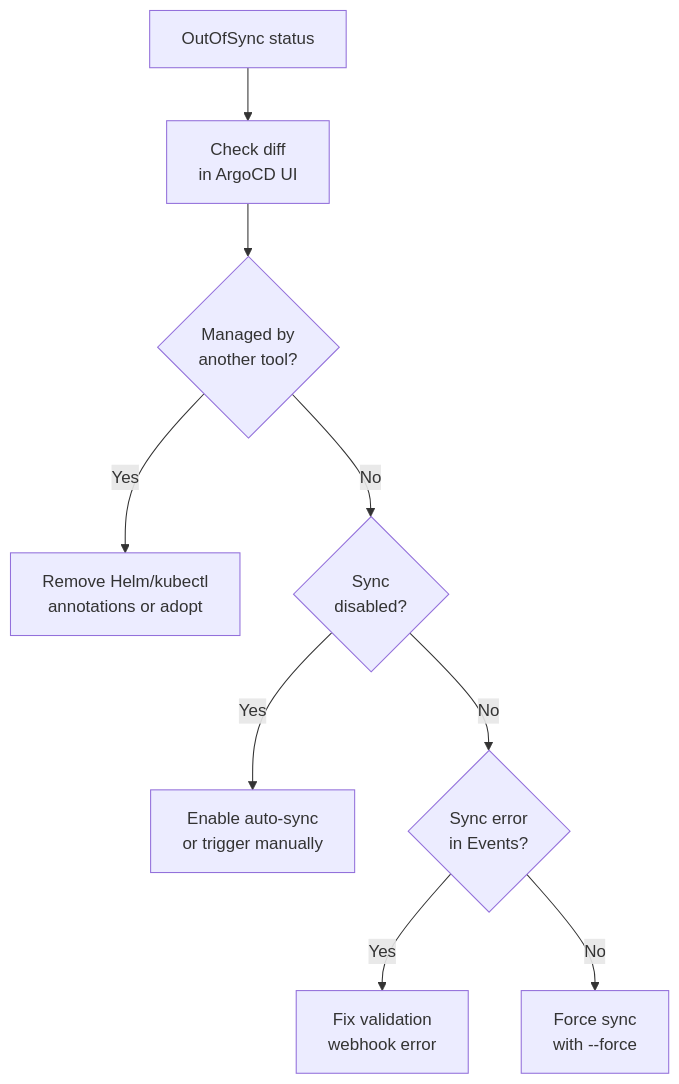
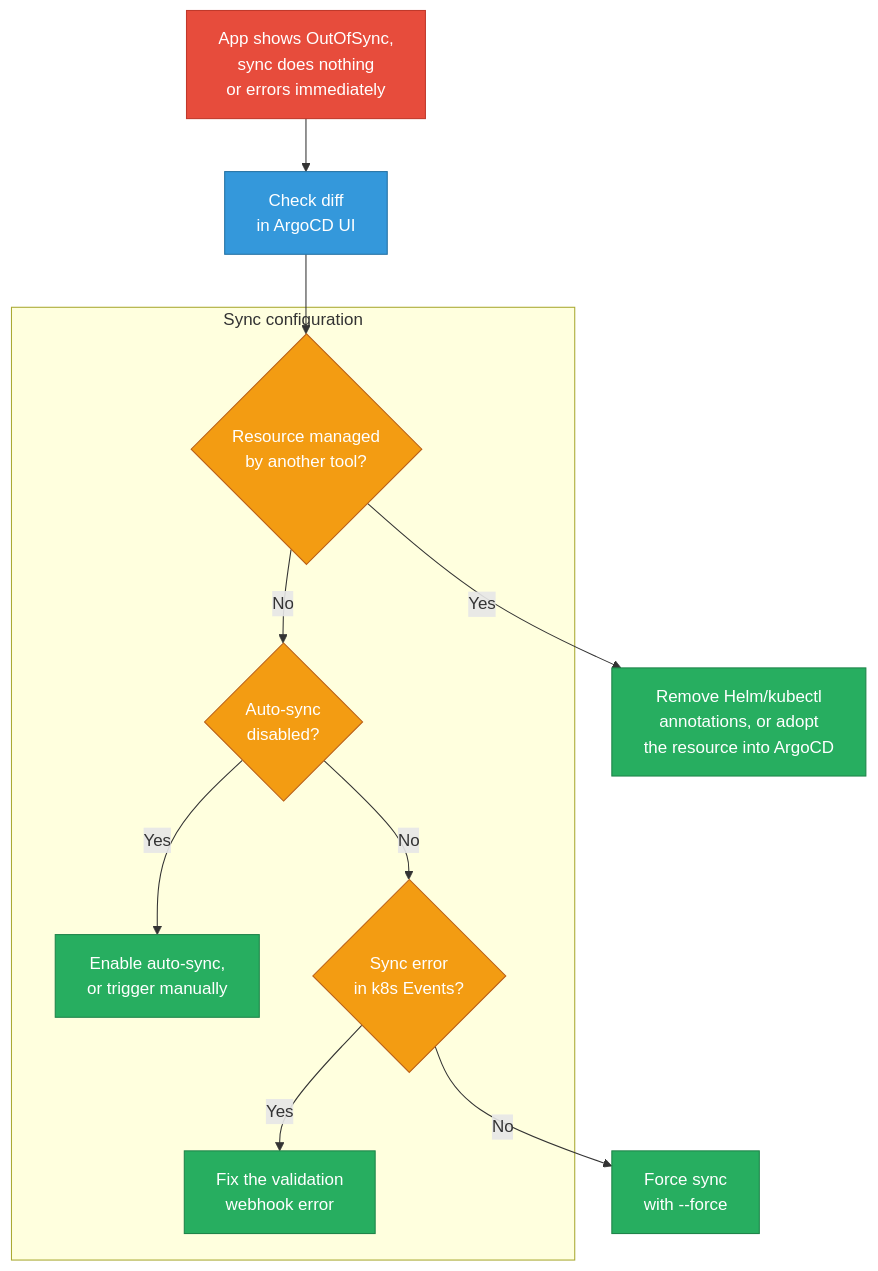
Before and after one commit to deepanshu-rawat6/DevOpsIndex: the third of 8 diagrams in sre/cicd-scenarios.md, drawn with Mermaid. The commit also changed other lines of this file and 10 other files, not shown here.

````diff
--- a/sre/cicd-scenarios.md
+++ b/sre/cicd-scenarios.md
@@ -107,11 +190,20 @@
 ```mermaid
 flowchart TD
-    A[OutOfSync status] --> B[Check diff<br/>in ArgoCD UI]
-    B --> C{Managed by<br/>another tool?}
-    C -- Yes --> C1[Remove Helm/kubectl<br/>annotations or adopt]
-    C -- No --> D{Sync<br/>disabled?}
-    D -- Yes --> D1[Enable auto-sync<br/>or trigger manually]
-    D -- No --> E{Sync error<br/>in Events?}
-    E -- Yes --> E1[Fix validation<br/>webhook error]
-    E -- No --> F[Force sync<br/>with --force]
+    classDef err fill:#e74c3c,stroke:#c0392b,color:#fff
+    classDef decision fill:#f39c12,stroke:#ba6018,color:#fff
+    classDef fix fill:#27ae60,stroke:#1e8449,color:#fff
+    classDef verify fill:#3498db,stroke:#2471a3,color:#fff
+
+    A["App shows OutOfSync,<br/>sync does nothing<br/>or errors immediately"]:::err --> B["Check diff<br/>in ArgoCD UI"]:::verify
+    B --> C{"Resource managed<br/>by another tool?"}:::decision
+    C -- Yes --> C1["Remove Helm/kubectl<br/>annotations, or adopt<br/>the resource into ArgoCD"]:::fix
+
+    subgraph SYNC["Sync configuration"]
+        C -- No --> D{"Auto-sync<br/>disabled?"}:::decision
+        D -- Yes --> D1["Enable auto-sync,<br/>or trigger manually"]:::fix
+        D -- No --> E{"Sync error<br/>in k8s Events?"}:::decision
+        E -- Yes --> E1["Fix the validation<br/>webhook error"]:::fix
+    end
+
+    E -- No --> F["Force sync<br/>with --force"]:::fix
 ```
````
